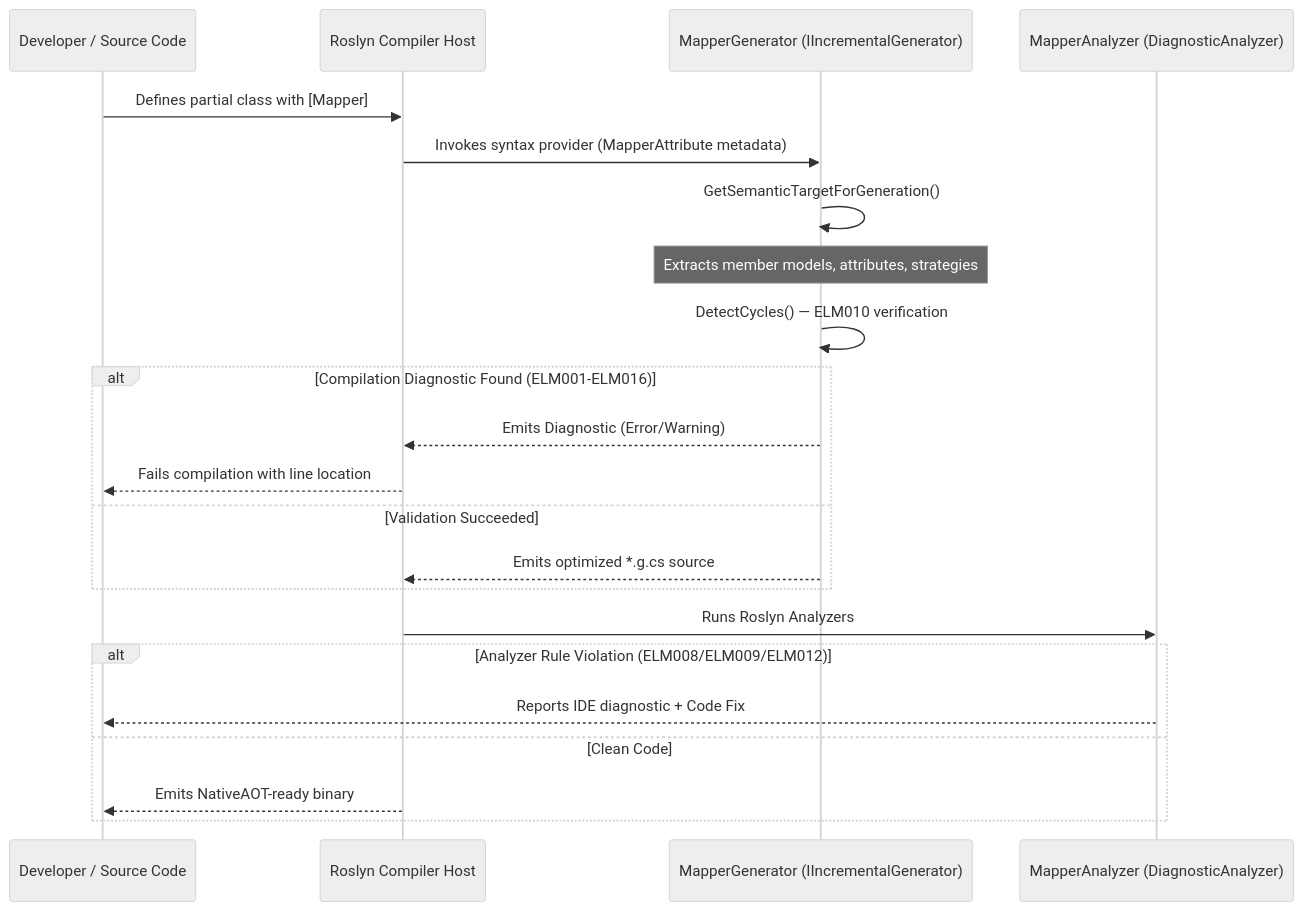
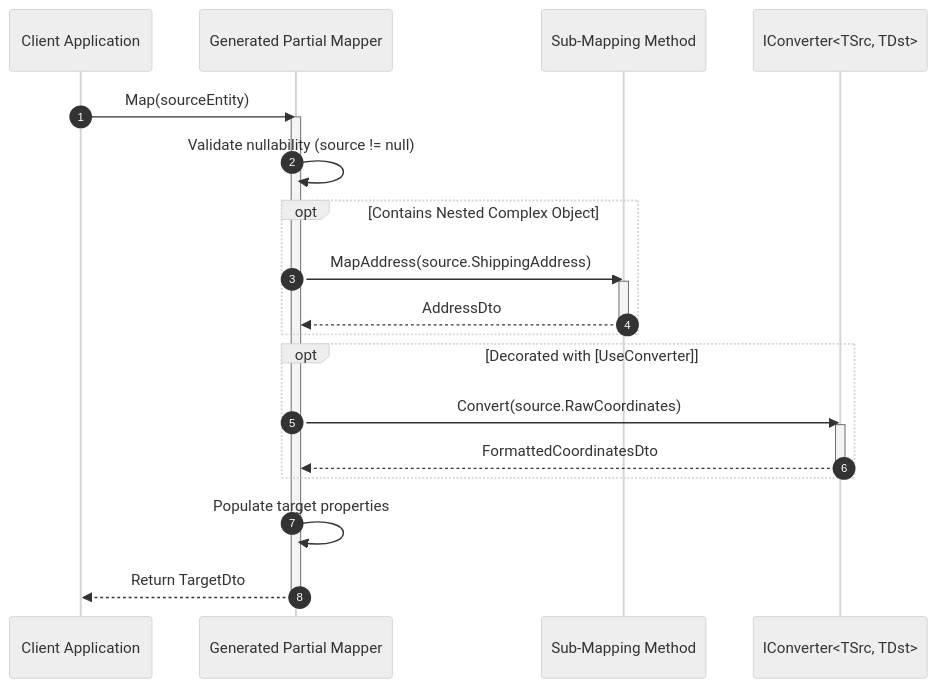
The third of 8 diagrams in docs/diagrams.md (ericksonlopezf/dotnet-mapper), drawn with Mermaid (neutral theme) before and after one commit. The commit also changed other lines of this file and 310 other files, not shown here.

````diff
--- a/docs/diagrams.md
+++ b/docs/diagrams.md
@@ -9,25 +77,30 @@
 ```mermaid
 sequenceDiagram
-    participant Dev as Developer / Source Code
-    participant Roslyn as Roslyn Compiler Host
-    participant SG as MapperGenerator (IIncrementalGenerator)
-    participant Analyzer as MapperAnalyzer (DiagnosticAnalyzer)
+    autonumber
+    participant App as Client Application
+    participant Mapper as Generated Partial Mapper
+    participant SubMapper as Sub-Mapping Method
+    participant Converter as IConverter<TSrc, TDst>
 
-    Dev->>Roslyn: Defines partial class with [Mapper]
-    Roslyn->>SG: Invokes syntax provider (MapperAttribute metadata)
-    SG->>SG: GetSemanticTargetForGeneration()
-    Note over SG: Extracts member models, attributes, strategies
-    SG->>SG: DetectCycles() — ELM010 verification
-    alt Compilation Diagnostic Found (ELM001-ELM016)
-        SG-->>Roslyn: Emits Diagnostic (Error/Warning)
-        Roslyn-->>Dev: Fails compilation with line location
-    else Validation Succeeded
-        SG-->>Roslyn: Emits optimized *.g.cs source
+    App->>Mapper: Map(sourceEntity)
+    activate Mapper
+    Mapper->>Mapper: Validate nullability (source != null)
+    
+    opt Contains Nested Complex Object
+        Mapper->>SubMapper: MapAddress(source.ShippingAddress)
+        activate SubMapper
+        SubMapper-->>Mapper: AddressDto
+        deactivate SubMapper
     end
-    Roslyn->>Analyzer: Runs Roslyn Analyzers
-    alt Analyzer Rule Violation (ELM008/ELM009/ELM012)
-        Analyzer-->>Dev: Reports IDE diagnostic + Code Fix
-    else Clean Code
-        Roslyn-->>Dev: Emits NativeAOT-ready binary
+
+    opt Decorated with [UseConverter]
+        Mapper->>Converter: Convert(source.RawCoordinates)
+        activate Converter
+        Converter-->>Mapper: FormattedCoordinatesDto
+        deactivate Converter
     end
+
+    Mapper->>Mapper: Populate target properties
+    Mapper-->>App: Return TargetDto
+    deactivate Mapper
 ```
````
